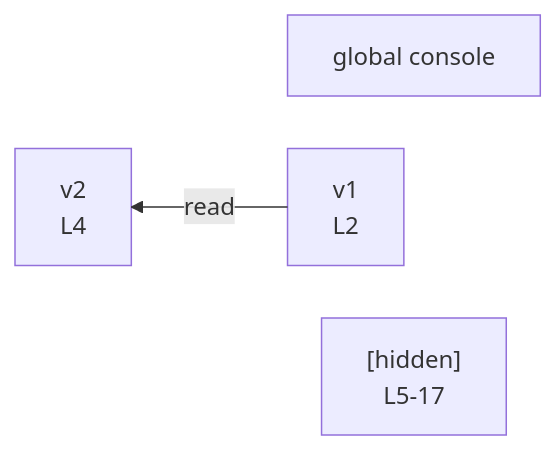
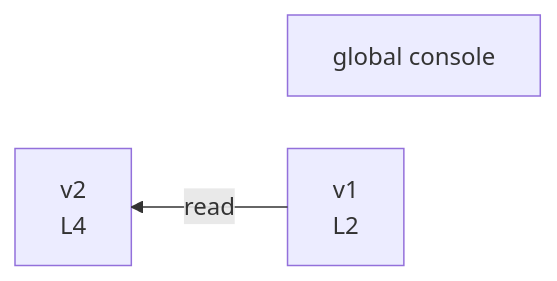
The diagram in integration/fixtures/app-behavior/depth/block/depth-2/preview.md (crescware/unsnarl), drawn with Mermaid before and after one commit. The commit also changed 96 other files, not shown here.

````diff
--- a/integration/fixtures/app-behavior/depth/block/depth-2/preview.md
+++ b/integration/fixtures/app-behavior/depth/block/depth-2/preview.md
@@ -29,9 +29,8 @@
 ```mermaid
 %%{init: {"flowchart": {"defaultRenderer": "elk"}}}%%
 flowchart RL
   n_scope_0_console_185["global console"]
   n_scope_1_v1_10["v1<br/>L2"]
   n_scope_2_v2_32["v2<br/>L4"]
-  collapsed_scope_3["[hidden]<br/>L5-17"]
   n_scope_1_v1_10 -->|read| n_scope_2_v2_32
 ```
````
